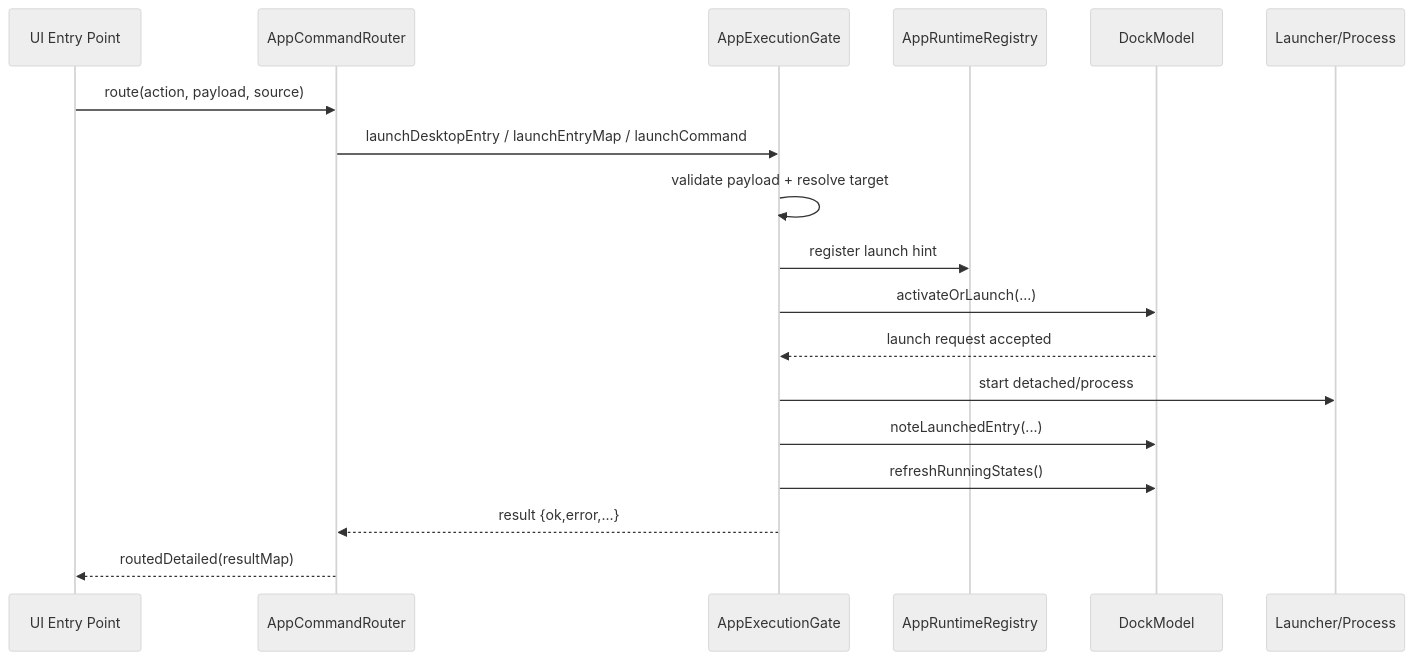
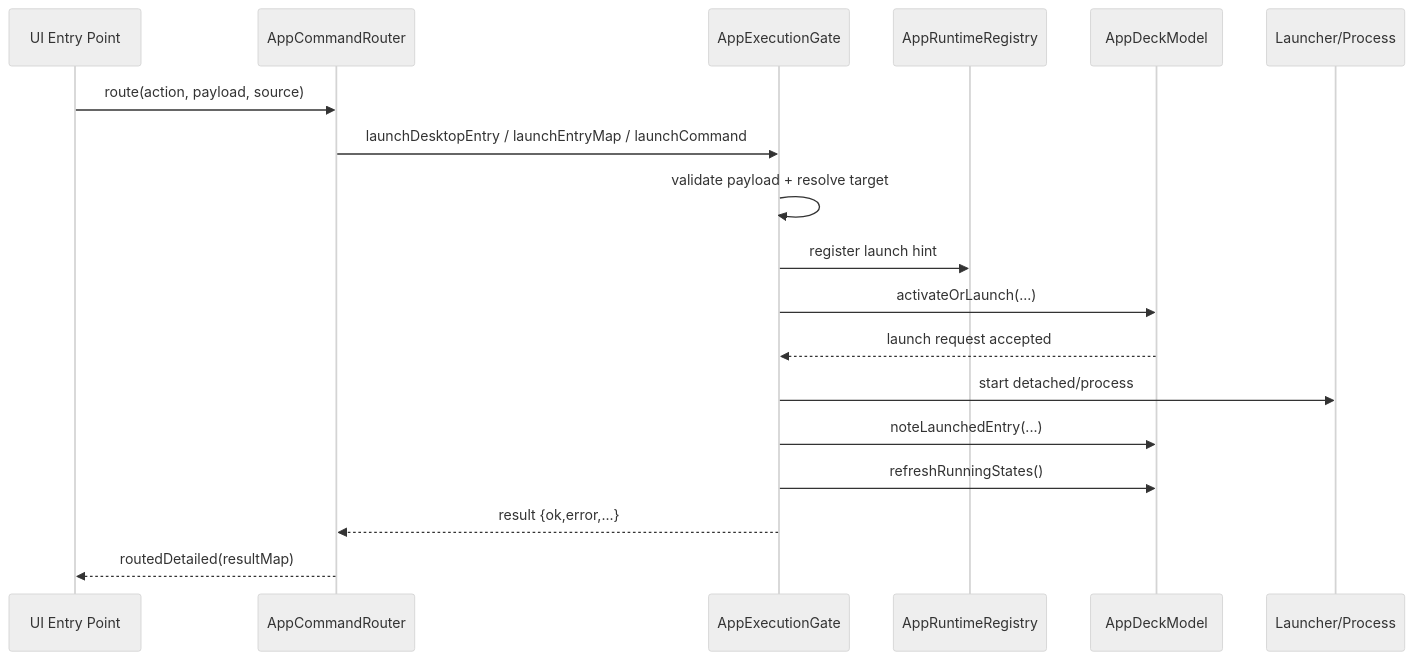
Before and after one commit to mumulalasoft/slm-desktop: the second of 2 diagrams in docs/architecture/APP_EXECUTION_GATE.md, drawn with Mermaid (neutral theme). The commit also changed other lines of this file and 157 other files, not shown here.

Commit message:
Refactor shell into AppDeck and Crown

````diff
--- a/docs/architecture/APP_EXECUTION_GATE.md
+++ b/docs/architecture/APP_EXECUTION_GATE.md
@@ -20,21 +20,21 @@
 ```mermaid
 sequenceDiagram
     participant UI as UI Entry Point
     participant Router as AppCommandRouter
     participant Gate as AppExecutionGate
     participant Runtime as AppRuntimeRegistry
-    participant Dock as DockModel
+    participant AppDeck as AppDeckModel
     participant Proc as Launcher/Process
 
     UI->>Router: route(action, payload, source)
     Router->>Gate: launchDesktopEntry / launchEntryMap / launchCommand
     Gate->>Gate: validate payload + resolve target
     Gate->>Runtime: register launch hint
-    Gate->>Dock: activateOrLaunch(...)
-    Dock-->>Gate: launch request accepted
+    Gate->>AppDeck: activateOrLaunch(...)
+    AppDeck-->>Gate: launch request accepted
     Gate->>Proc: start detached/process
-    Gate->>Dock: noteLaunchedEntry(...)
-    Gate->>Dock: refreshRunningStates()
+    Gate->>AppDeck: noteLaunchedEntry(...)
+    Gate->>AppDeck: refreshRunningStates()
     Gate-->>Router: result {ok,error,...}
     Router-->>UI: routedDetailed(resultMap)
 ```
````
